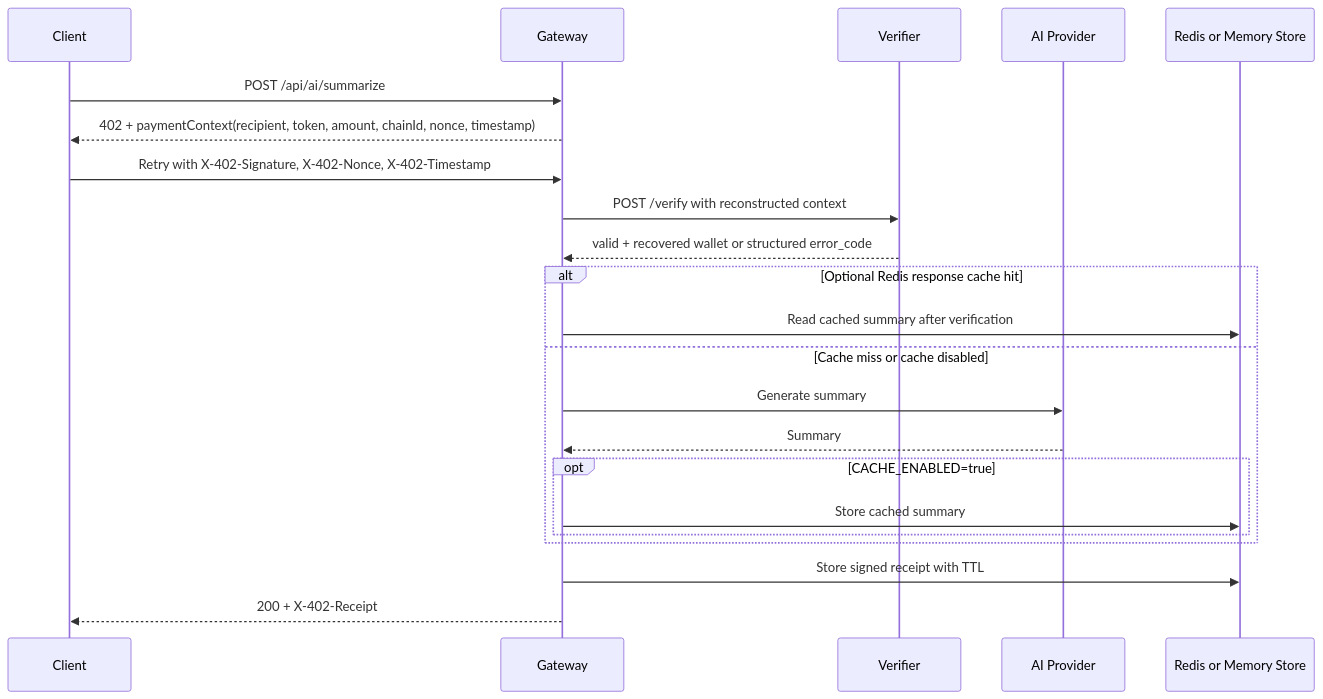
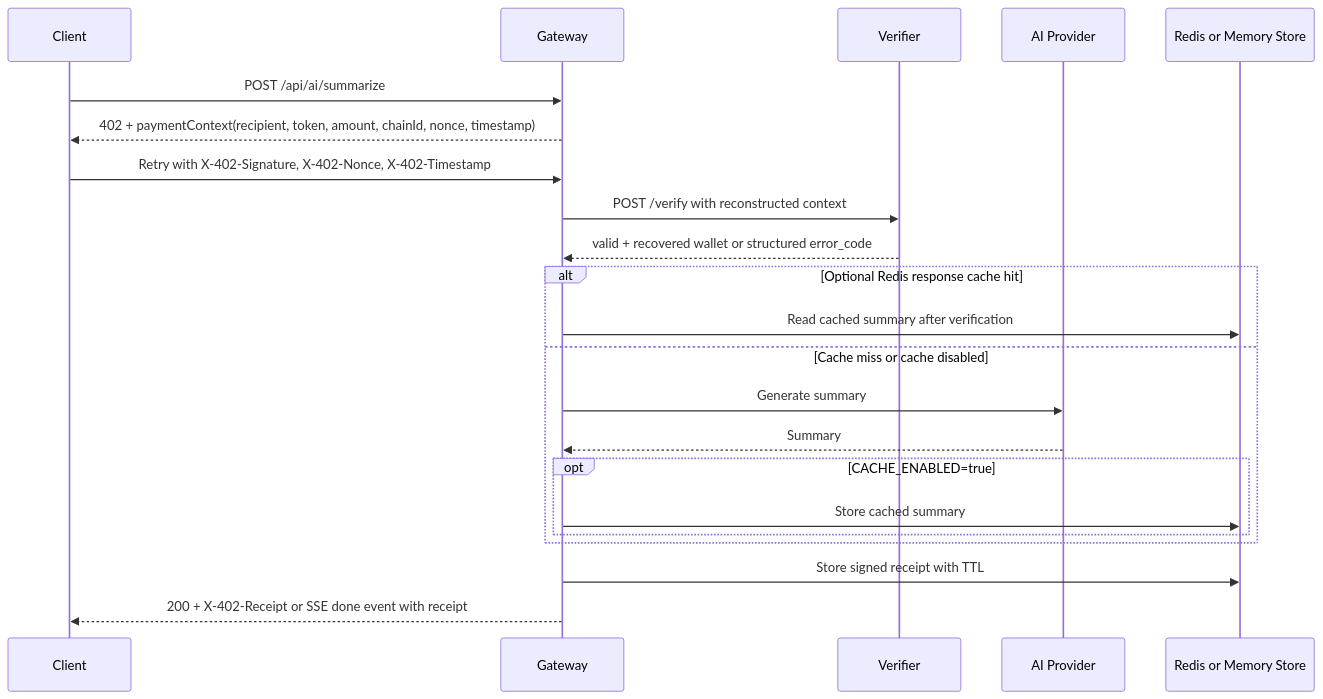
The diagram in gateway/README.md (AnkanMisra/MicroAI-Paygate), drawn with Mermaid before and after one commit. The commit also changed other lines of this file and 13 other files, not shown here.

````diff
--- a/gateway/README.md
+++ b/gateway/README.md
@@ -18,25 +19,25 @@
 ```mermaid
 sequenceDiagram
     participant C as Client
     participant G as Gateway
     participant V as Verifier
     participant A as AI Provider
     participant R as Redis or Memory Store
 
     C->>G: POST /api/ai/summarize
     G-->>C: 402 + paymentContext(recipient, token, amount, chainId, nonce, timestamp)
     C->>G: Retry with X-402-Signature, X-402-Nonce, X-402-Timestamp
     G->>V: POST /verify with reconstructed context
     V-->>G: valid + recovered wallet or structured error_code
     alt Optional Redis response cache hit
       G->>R: Read cached summary after verification
     else Cache miss or cache disabled
       G->>A: Generate summary
       A-->>G: Summary
       opt CACHE_ENABLED=true
         G->>R: Store cached summary
       end
     end
     G->>R: Store signed receipt with TTL
-    G-->>C: 200 + X-402-Receipt
+    G-->>C: 200 + X-402-Receipt or SSE done event with receipt
 ```
````
